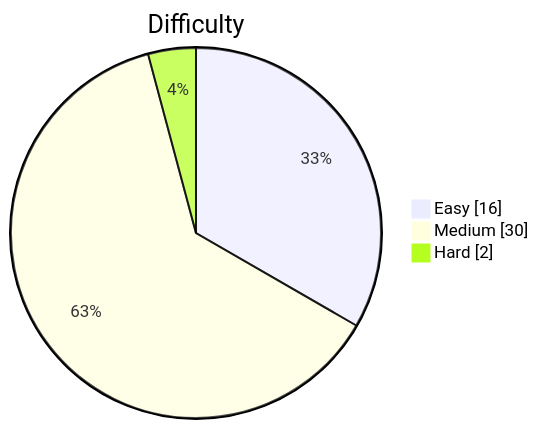
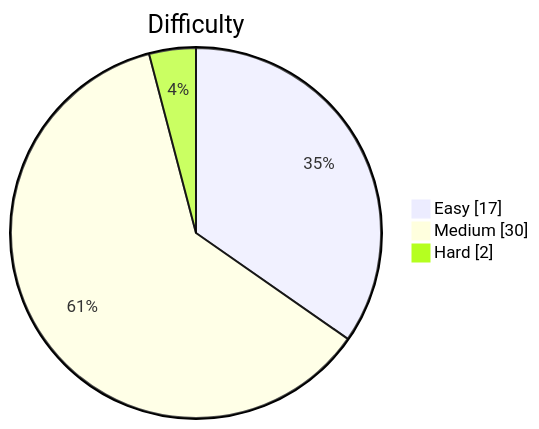
One commit to kevstevie/python-algo-practice changed the diagram in README.md. Above: the diagram before and after it, drawn with Mermaid. The commit also changed other lines of this file, not shown here.

````diff
--- a/README.md
+++ b/README.md
@@ -13,7 +13,7 @@
 ```mermaid
 pie showData
     title Difficulty
-    "Easy"   : 16
+    "Easy"   : 17
     "Medium" : 30
     "Hard"   : 2
 ```
````
